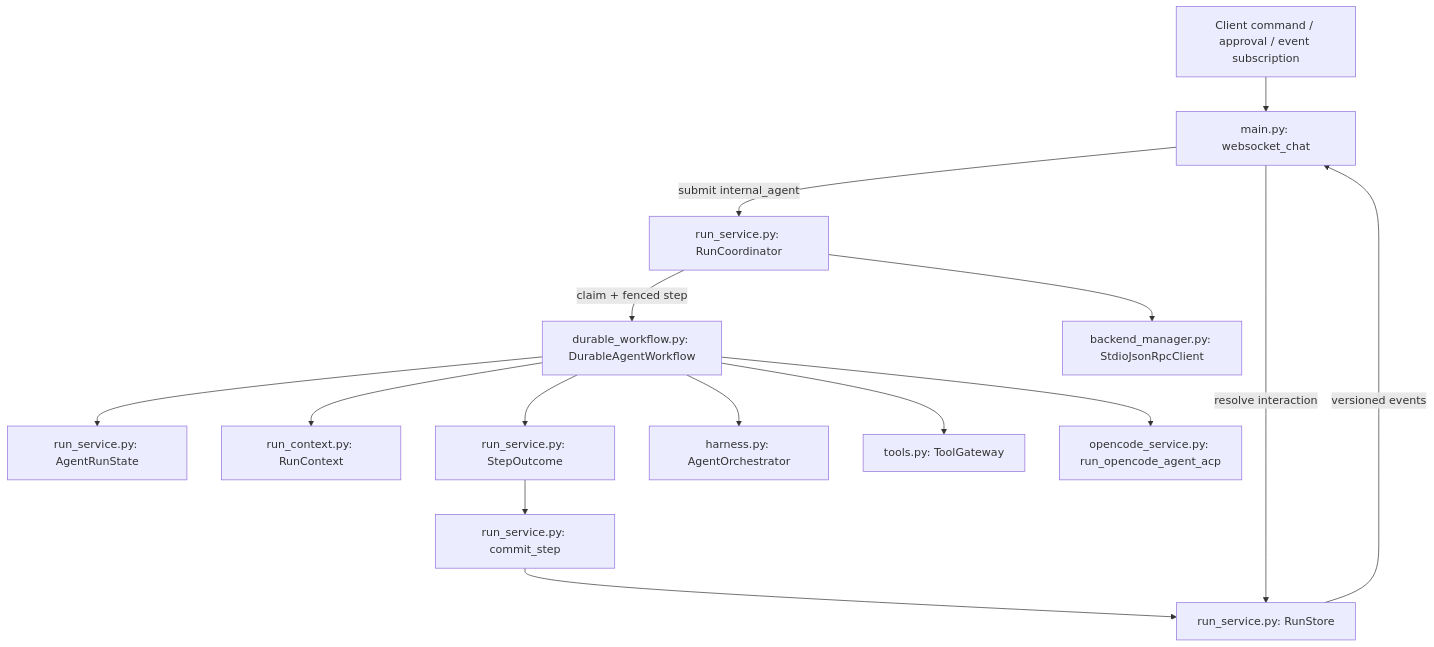
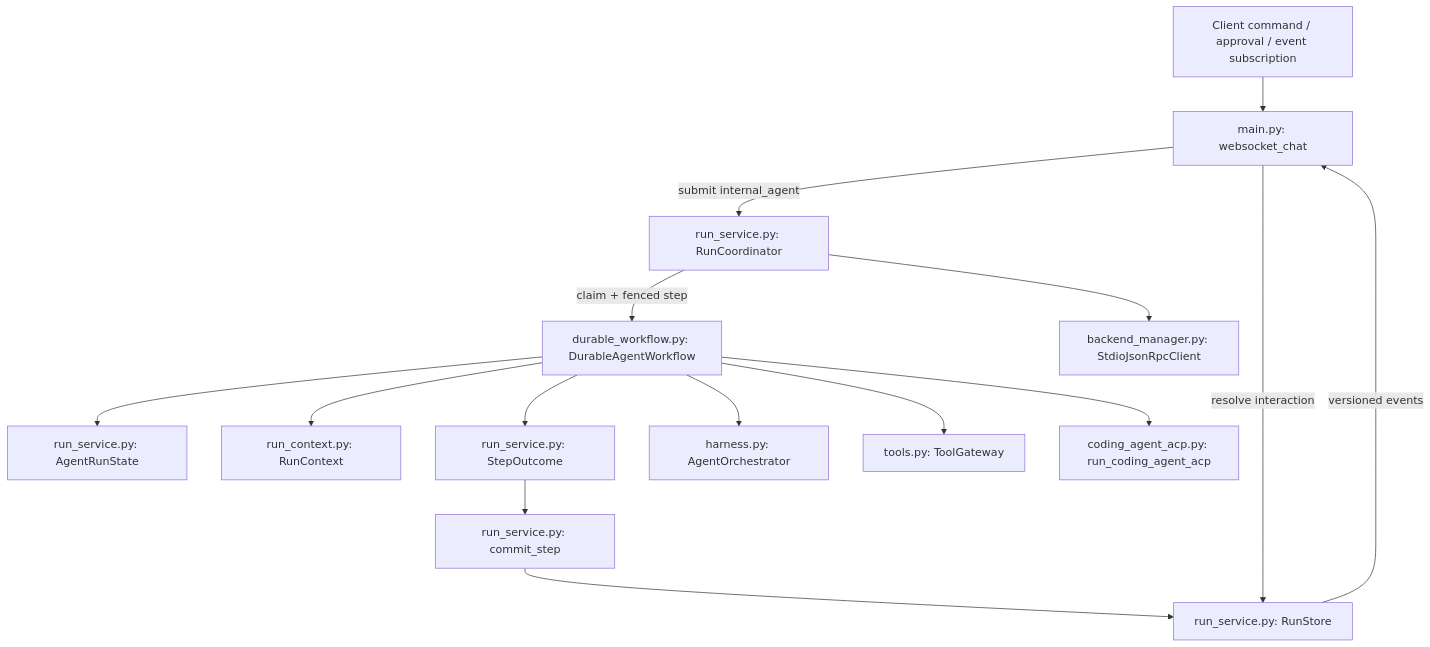
One commit to BillShiyaoZhang/ambient-agent changed the first of 4 diagrams in docs/en/agent/harness.md. Above: the diagram before and after it, drawn with Mermaid. The commit also changed other lines of this file and 58 other files, not shown here.

````diff
--- a/docs/en/agent/harness.md
+++ b/docs/en/agent/harness.md
@@ -7,19 +7,19 @@
 ```mermaid
 flowchart TB
     Client[Client command / approval / event subscription] --> Main[main.py: websocket_chat]
     Main -->|submit internal_agent| Coordinator[run_service.py: RunCoordinator]
     Main -->|resolve interaction| Store[run_service.py: RunStore]
     Store -->|versioned events| Main
 
     Coordinator -->|claim + fenced step| Workflow[durable_workflow.py: DurableAgentWorkflow]
     Workflow --> State[run_service.py: AgentRunState]
     Workflow --> Context[run_context.py: RunContext]
     Workflow --> Outcome[run_service.py: StepOutcome]
     Outcome --> Commit[run_service.py: commit_step]
     Commit --> Store
 
     Workflow --> Domain[harness.py: AgentOrchestrator]
     Workflow --> Gateway[tools.py: ToolGateway]
-    Workflow --> ACP[opencode_service.py: run_opencode_agent_acp]
+    Workflow --> ACP[coding_agent_acp.py: run_coding_agent_acp]
     Coordinator --> MCP[backend_manager.py: StdioJsonRpcClient]
 ```
````
